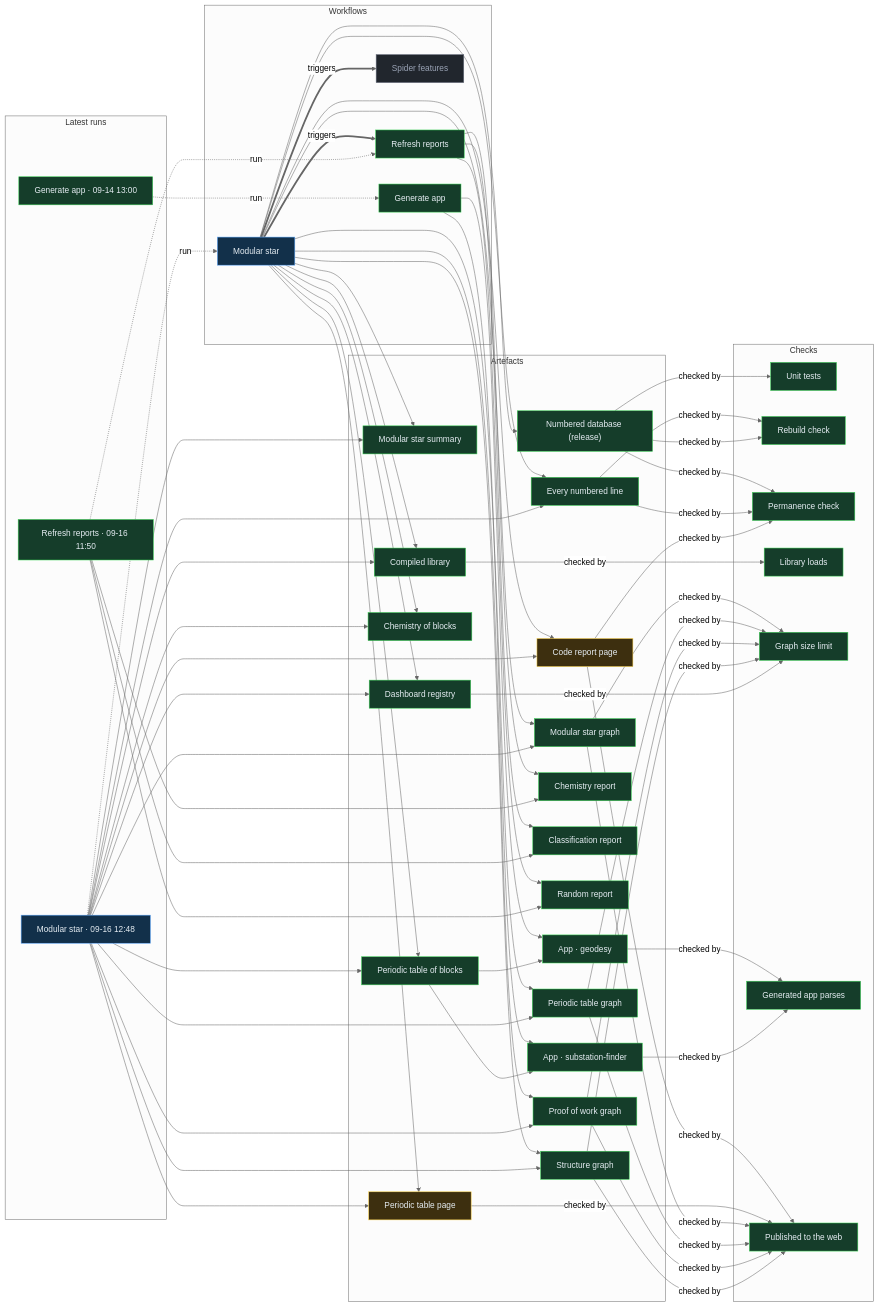
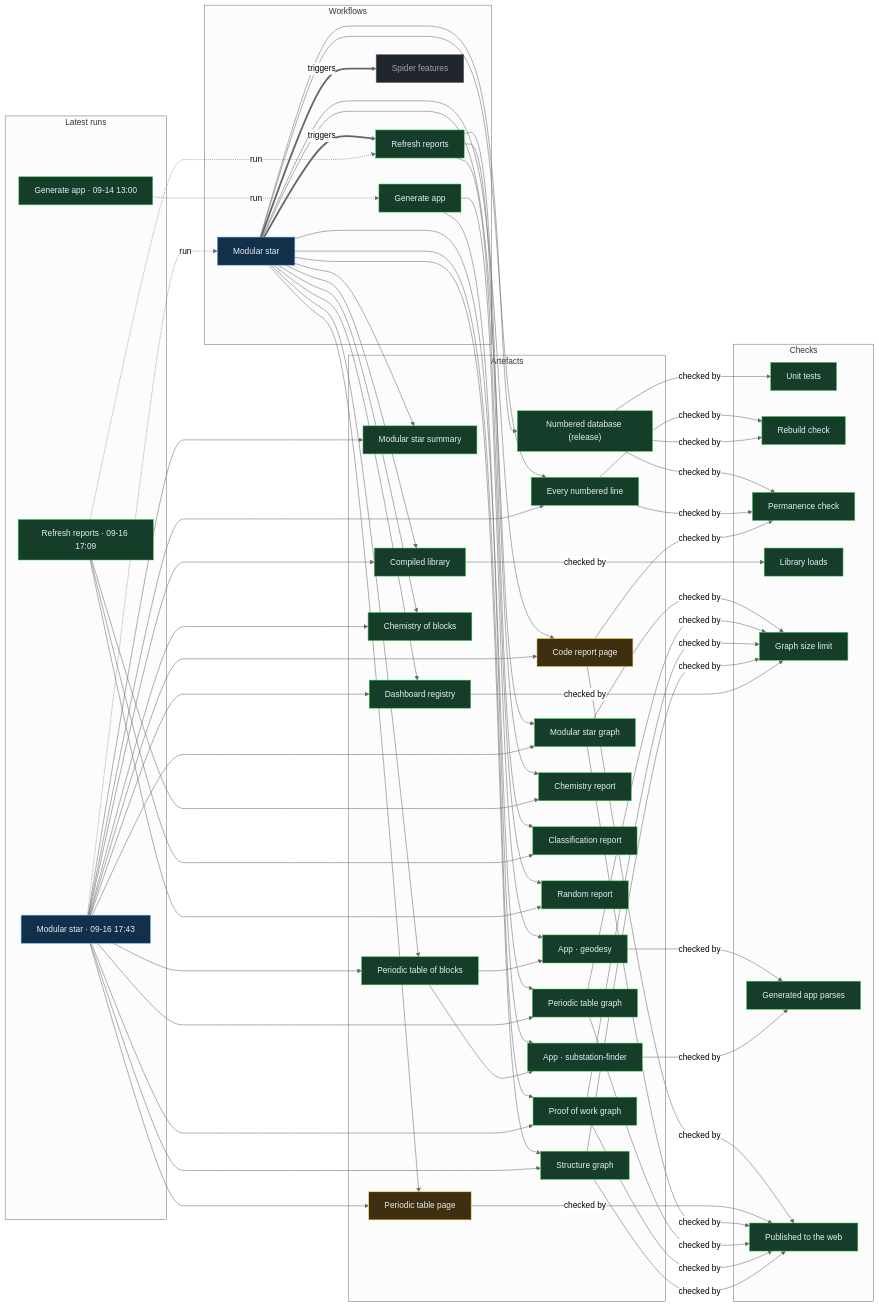
One commit to Ventusltd/stars changed the diagram in proof/PROOF.md. Above: the diagram before and after it, drawn with Mermaid (neutral theme). The commit also changed other lines of this file and 31 other files, not shown here.

Commit message:
Modular star 2026-09-16T17:45Z

```diff
--- a/proof/PROOF.md
+++ b/proof/PROOF.md
@@ -24,8 +24,8 @@
   n_wf_spider_features["Spider features"]:::off
   end
   subgraph g_runs["Latest runs"]
-  n_run_35097981017["Modular star · 09-16 12:48"]:::live
-  n_run_35092525690["Refresh reports · 09-16 11:50"]:::ok
+  n_run_35129934234["Modular star · 09-16 17:43"]:::live
+  n_run_35126406240["Refresh reports · 09-16 17:09"]:::ok
   n_run_34846587798["Generate app · 09-14 13:00"]:::ok
   end
   subgraph g_artefacts["Artefacts"]
@@ -59,39 +59,39 @@
   end
   n_wf_modular_star == triggers ==> n_wf_refresh
   n_wf_modular_star == triggers ==> n_wf_spider_features
-  n_run_35097981017 -. run .-> n_wf_modular_star
-  n_run_35092525690 -. run .-> n_wf_refresh
+  n_run_35129934234 -. run .-> n_wf_modular_star
+  n_run_35126406240 -. run .-> n_wf_refresh
   n_run_34846587798 -. run .-> n_wf_generate
   n_wf_modular_star --> n_art_summary
-  n_run_35097981017 --> n_art_summary
+  n_run_35129934234 --> n_art_summary
   n_wf_modular_star --> n_art_lines
-  n_run_35097981017 --> n_art_lines
+  n_run_35129934234 --> n_art_lines
   n_wf_modular_star --> n_art_code
-  n_run_35097981017 --> n_art_code
+  n_run_35129934234 --> n_art_code
   n_wf_modular_star --> n_art_modular_graph
-  n_run_35097981017 --> n_art_modular_graph
+  n_run_35129934234 --> n_art_modular_graph
   n_wf_modular_star --> n_art_blocks
-  n_run_35097981017 --> n_art_blocks
+  n_run_35129934234 --> n_art_blocks
   n_wf_modular_star --> n_art_table
-  n_run_35097981017 --> n_art_table
+  n_run_35129934234 --> n_art_table
   n_wf_modular_star --> n_art_blocks_graph
-  n_run_35097981017 --> n_art_blocks_graph
+  n_run_35129934234 --> n_art_blocks_graph
   n_wf_modular_star --> n_art_reactions
-  n_run_35097981017 --> n_art_reactions
+  n_run_35129934234 --> n_art_reactions
   n_wf_modular_star --> n_art_library
-  n_run_35097981017 --> n_art_library
+  n_run_35129934234 --> n_art_library
   n_wf_modular_star --> n_art_features
-  n_run_35097981017 --> n_art_features
+  n_run_35129934234 --> n_art_features
   n_wf_modular_star --> n_art_proof
-  n_run_35097981017 --> n_art_proof
+  n_run_35129934234 --> n_art_proof
   n_wf_modular_star --> n_art_structure
-  n_run_35097981017 --> n_art_structure
+  n_run_35129934234 --> n_art_structure
   n_wf_refresh --> n_art_chemistry
-  n_run_35092525690 --> n_art_chemistry
+  n_run_35126406240 --> n_art_chemistry
   n_wf_refresh --> n_art_vedic
-  n_run_35092525690 --> n_art_vedic
+  n_run_35126406240 --> n_art_vedic
   n_wf_refresh --> n_art_random
-  n_run_35092525690 --> n_art_random
+  n_run_35126406240 --> n_art_random
   n_wf_modular_star --> n_art_release
   n_wf_generate --> n_app_geodesy
   n_art_blocks --> n_app_geodesy
```
